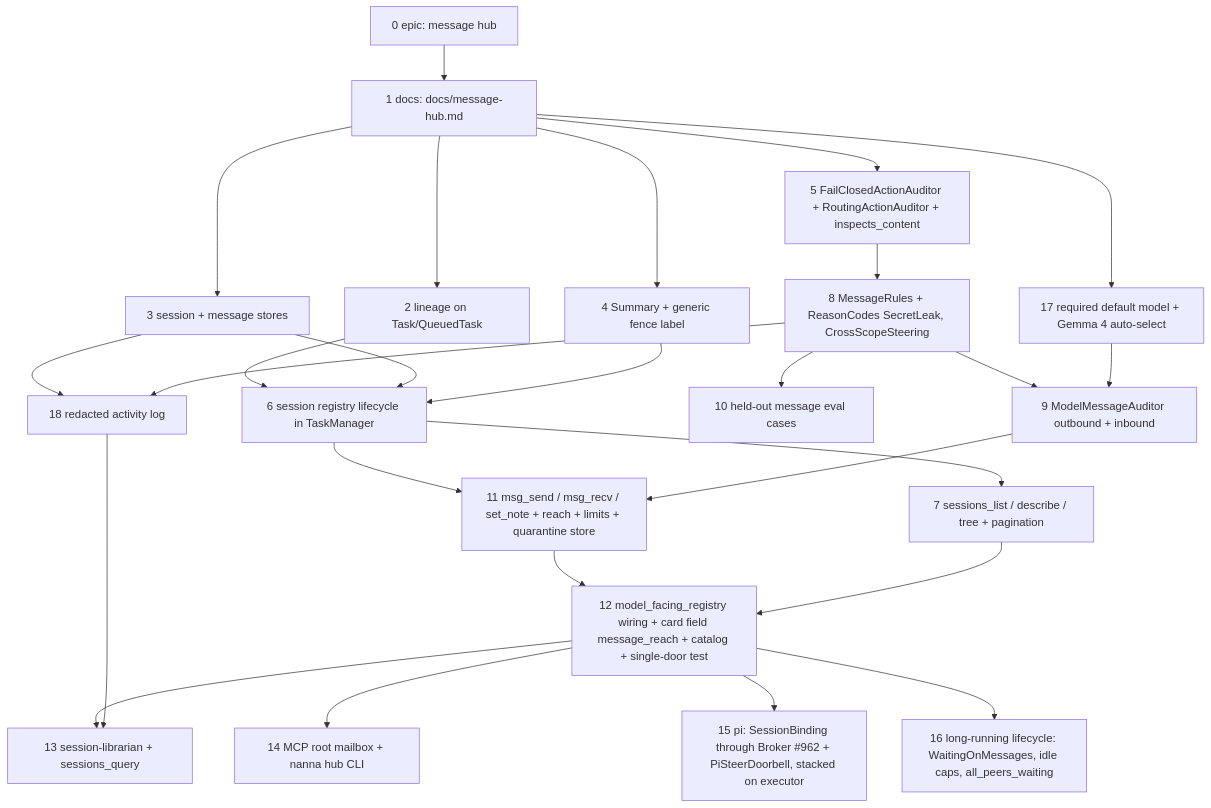
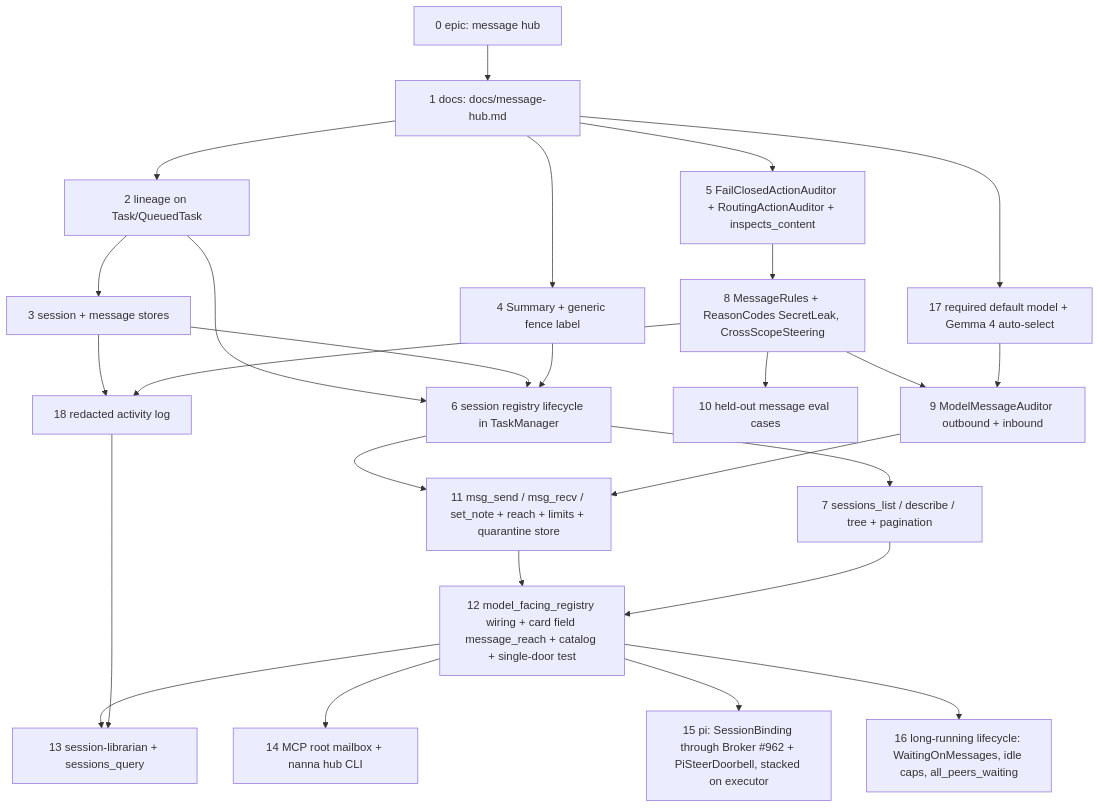
The seventh of 7 diagrams in docs/message-hub.md (DominicBurkart/nanna-coder), drawn with Mermaid before and after one commit. The commit also changed other lines of this file, not shown here.

Commit message:
docs(hub): stores depend on lineage types in the issue graph
The session and message stores embed SessionId, RootId and Lineage, so the
stores issue must stack on the lineage issue. The design listed it as
depending only on the design-doc issue; add the missing edge and note it in
the issue table.

````diff
--- a/docs/message-hub.md
+++ b/docs/message-hub.md
@@ -918,28 +918,28 @@
 ```mermaid
 flowchart TD
   E[0 epic: message hub] --> D1[1 docs: docs/message-hub.md]
   D1 --> L[2 lineage on Task/QueuedTask]
-  D1 --> S[3 session + message stores]
+  L --> S[3 session + message stores]
   D1 --> F[4 Summary + generic fence label]
   D1 --> A1[5 FailClosedActionAuditor + RoutingActionAuditor + inspects_content]
   L --> R[6 session registry lifecycle in TaskManager]
   S --> R
   F --> R
   R --> V[7 sessions_list / describe / tree + pagination]
   A1 --> A2[8 MessageRules + ReasonCodes SecretLeak, CrossScopeSteering]
   A2 --> A3[9 ModelMessageAuditor outbound + inbound]
   A2 --> EV[10 held-out message eval cases]
   R --> M[11 msg_send / msg_recv / set_note + reach + limits + quarantine store]
   A3 --> M
   M --> W[12 model_facing_registry wiring + card field message_reach + catalog + single-door test]
   V --> W
   W --> Q[13 session-librarian + sessions_query]
   W --> MCP[14 MCP root mailbox + nanna hub CLI]
   W --> PI[15 pi: SessionBinding through Broker #962 + PiSteerDoorbell, stacked on executor]
   W --> LR[16 long-running lifecycle: WaitingOnMessages, idle caps, all_peers_waiting]
   D1 --> DM[17 required default model + Gemma 4 auto-select]
   DM --> A3
   S --> AL[18 redacted activity log]
   A2 --> AL
   AL --> Q
 ```
````
